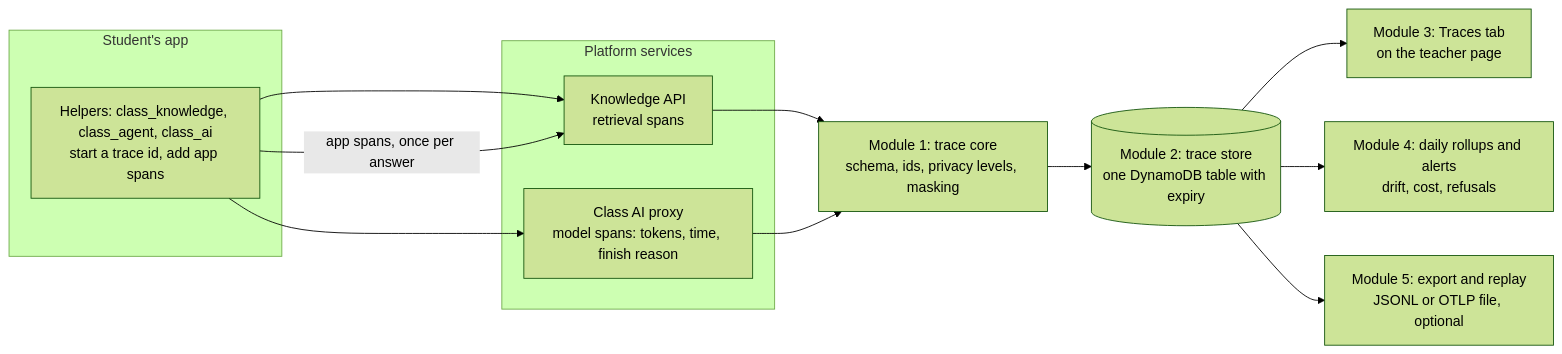
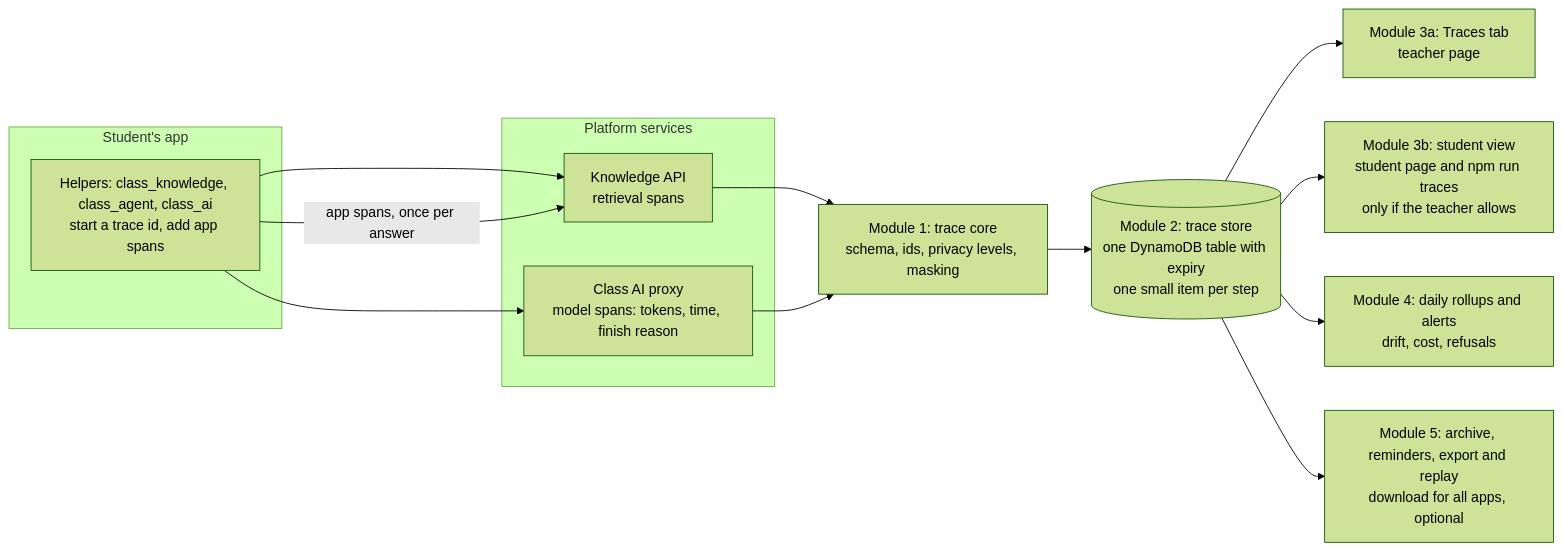
One commit to abhtft/class-hosting-platform changed the first of 2 diagrams in docs/TRACEABILITY_PLAN.md. Above: the diagram before and after it, drawn with Mermaid (forest theme). The commit also changed other lines of this file and 2 other files, not shown here.

Commit message:
Docs: traceability plan updated by owner decisions (90 days retention for everything, teacher reminders and one download for all apps, student view of own app's traces with a per-student toggle) and a cost correction (one small item per step instead of one growing item)

````diff
--- a/docs/TRACEABILITY_PLAN.md
+++ b/docs/TRACEABILITY_PLAN.md
@@ -29,24 +29,26 @@
 ```mermaid
 flowchart LR
     subgraph APP["Student's app"]
       H["Helpers: class_knowledge, class_agent, class_ai<br/>start a trace id, add app spans"]
     end
     subgraph PLAT["Platform services"]
       K["Knowledge API<br/>retrieval spans"]
       A["Class AI proxy<br/>model spans: tokens, time, finish reason"]
     end
     CORE["Module 1: trace core<br/>schema, ids, privacy levels, masking"]
-    STORE[("Module 2: trace store<br/>one DynamoDB table with expiry")]
-    VIEW["Module 3: Traces tab<br/>on the teacher page"]
+    STORE[("Module 2: trace store<br/>one DynamoDB table with expiry<br/>one small item per step")]
+    TV["Module 3a: Traces tab<br/>teacher page"]
+    SV["Module 3b: student view<br/>student page and npm run traces<br/>only if the teacher allows"]
     ROLL["Module 4: daily rollups and alerts<br/>drift, cost, refusals"]
-    EXP["Module 5: export and replay<br/>JSONL or OTLP file, optional"]
+    ARC["Module 5: archive, reminders, export and replay<br/>download for all apps, optional"]
     H --> K
     H --> A
     K --> CORE
     A --> CORE
     H -->|"app spans, once per answer"| K
     CORE --> STORE
-    STORE --> VIEW
+    STORE --> TV
+    STORE --> SV
     STORE --> ROLL
-    STORE --> EXP
+    STORE --> ARC
 ```
````
